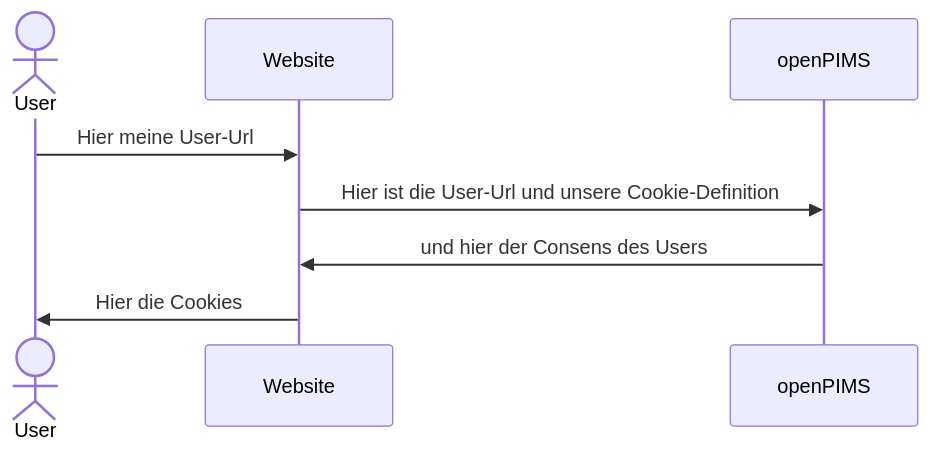
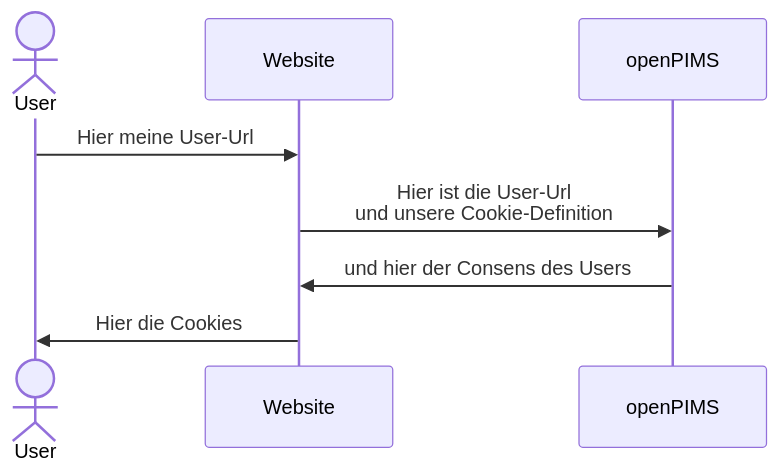
The third of 3 diagrams in README.md (openpims/openpims), drawn with Mermaid before and after one commit.

````diff
--- a/README.md
+++ b/README.md
@@ -68,8 +68,8 @@
 ```mermaid
   sequenceDiagram
   actor User
     User->>Website: Hier meine User-Url
-    Website->>openPIMS: Hier ist die User-Url und unsere Cookie-Definition
+    Website->>openPIMS: Hier ist die User-Url<br>und unsere Cookie-Definition
     openPIMS->>Website: und hier der Consens des Users
     Website->>User: Hier die Cookies
 ```
````
